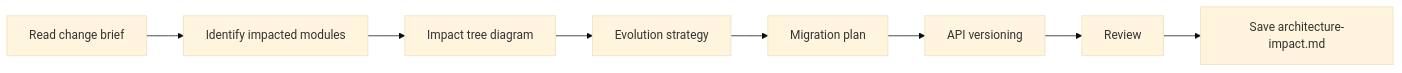
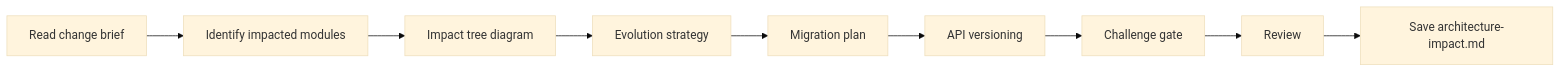
The diagram in skills/architecture-impact/SKILL.md (ai-driven-dev/framework), drawn with Mermaid (base theme) before and after one commit. The commit also changed other lines of this file and 22 other files, not shown here.

````diff
--- a/skills/architecture-impact/SKILL.md
+++ b/skills/architecture-impact/SKILL.md
@@ -30,4 +31,4 @@
 ```mermaid
 flowchart LR
-    A[Read change brief] --> B[Identify impacted modules] --> C[Impact tree diagram] --> D[Evolution strategy] --> E[Migration plan] --> F[API versioning] --> G[Review] --> H[Save architecture-impact.md]
+    A[Read change brief] --> B[Identify impacted modules] --> C[Impact tree diagram] --> D[Evolution strategy] --> E[Migration plan] --> F[API versioning] --> G[Challenge gate] --> H[Review] --> I[Save architecture-impact.md]
 ```
````
